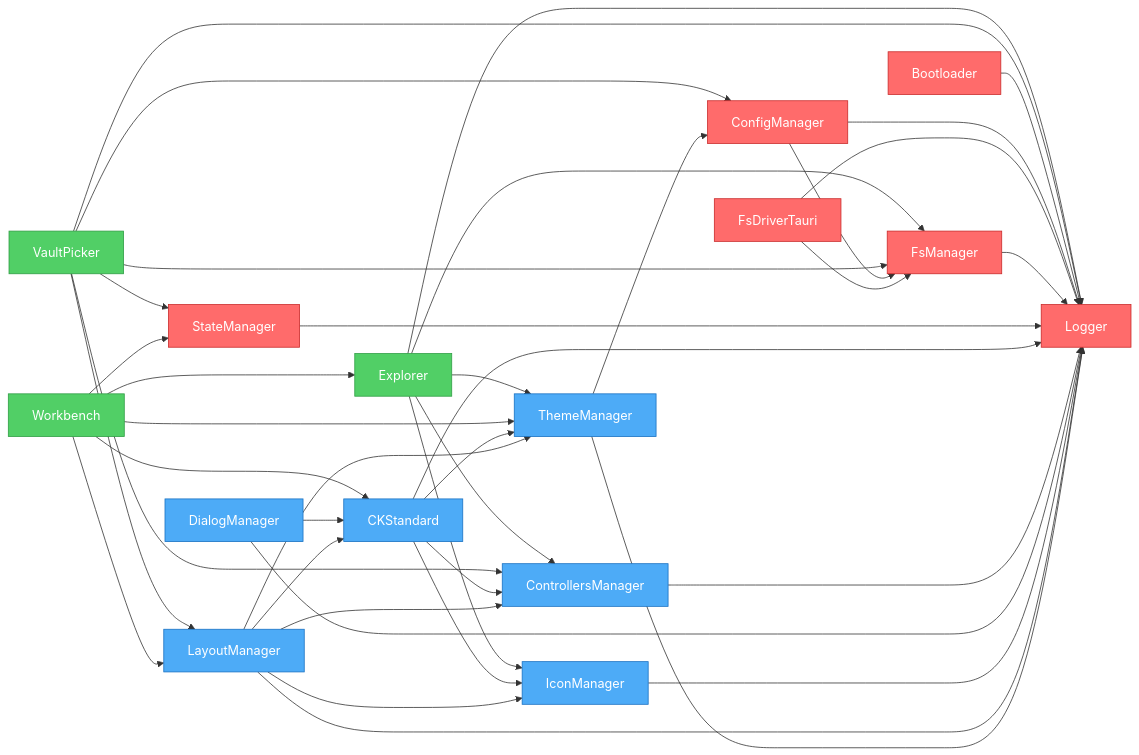
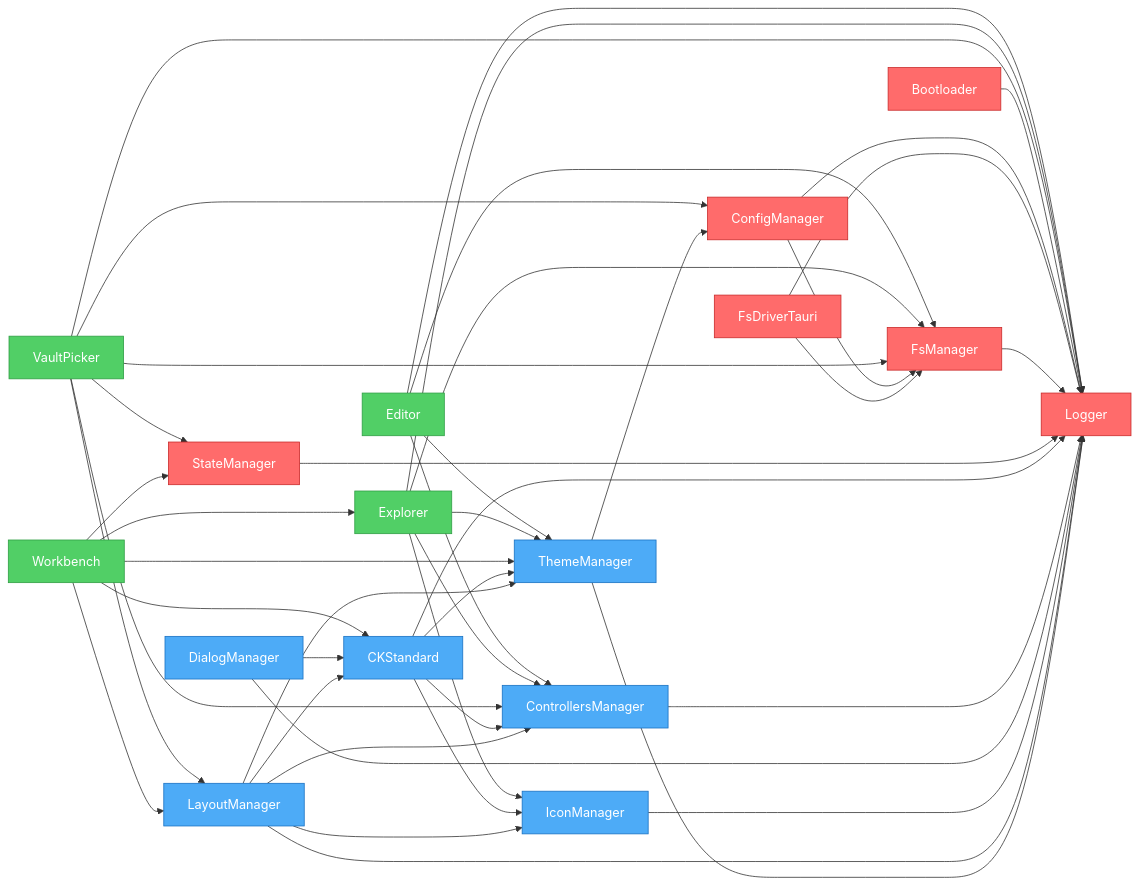
Before and after one commit to khton-tech/notehub.md: the diagram in artifacts/graph.mmd, drawn with Mermaid. The commit also changed 16 other files, not shown here.

```diff
--- a/artifacts/graph.mmd
+++ b/artifacts/graph.mmd
@@ -1,63 +1,68 @@
 flowchart LR
+    nh_features_editor["Editor"]
     nh_features_explorer["Explorer"]
     nh_features_vault-picker["VaultPicker"]
     nh_features_workbench["Workbench"]
     nh_system_bootloader["Bootloader"]
     nh_system_config-manager["ConfigManager"]
     nh_system_fs-driver-tauri["FsDriverTauri"]
     nh_system_fs-manager["FsManager"]
     nh_system_logger["Logger"]
     nh_system_state-manager["StateManager"]
     nh_ui_ck-standard["CKStandard"]
     nh_ui_controllers-manager["ControllersManager"]
     nh_ui_dialog-manager["DialogManager"]
     nh_ui_icon-manager["IconManager"]
     nh_ui_layout-manager["LayoutManager"]
     nh_ui_theme-manager["ThemeManager"]
+    nh_features_editor --> nh_system_fs-manager
+    nh_features_editor --> nh_system_logger
+    nh_features_editor --> nh_ui_theme-manager
+    nh_features_editor --> nh_ui_controllers-manager
     nh_features_explorer --> nh_system_fs-manager
     nh_features_explorer --> nh_system_logger
     nh_features_explorer --> nh_ui_controllers-manager
     nh_features_explorer --> nh_ui_icon-manager
     nh_features_explorer --> nh_ui_theme-manager
     nh_features_vault-picker --> nh_system_fs-manager
     nh_features_vault-picker --> nh_system_config-manager
     nh_features_vault-picker --> nh_system_state-manager
     nh_features_vault-picker --> nh_system_logger
     nh_features_vault-picker --> nh_ui_controllers-manager
     nh_features_vault-picker --> nh_ui_layout-manager
     nh_features_workbench --> nh_ui_layout-manager
     nh_features_workbench --> nh_ui_theme-manager
     nh_features_workbench --> nh_ui_ck-standard
     nh_features_workbench --> nh_system_state-manager
     nh_features_workbench --> nh_features_explorer
     nh_system_bootloader --> nh_system_logger
     nh_system_config-manager --> nh_system_logger
     nh_system_config-manager --> nh_system_fs-manager
     nh_system_fs-driver-tauri --> nh_system_logger
     nh_system_fs-driver-tauri --> nh_system_fs-manager
     nh_system_fs-manager --> nh_system_logger
     nh_system_state-manager --> nh_system_logger
     nh_ui_ck-standard --> nh_system_logger
     nh_ui_ck-standard --> nh_ui_controllers-manager
     nh_ui_ck-standard --> nh_ui_icon-manager
     nh_ui_ck-standard --> nh_ui_theme-manager
     nh_ui_controllers-manager --> nh_system_logger
     nh_ui_dialog-manager --> nh_system_logger
     nh_ui_dialog-manager --> nh_ui_ck-standard
     nh_ui_icon-manager --> nh_system_logger
     nh_ui_layout-manager --> nh_system_logger
     nh_ui_layout-manager --> nh_ui_theme-manager
     nh_ui_layout-manager --> nh_ui_icon-manager
     nh_ui_layout-manager --> nh_ui_controllers-manager
     nh_ui_layout-manager --> nh_ui_ck-standard
     nh_ui_theme-manager --> nh_system_logger
     nh_ui_theme-manager --> nh_system_config-manager
 
     %% Styles
     classDef system fill:#ff6b6b,stroke:#c92a2a,color:#fff
     classDef ui fill:#4dabf7,stroke:#1971c2,color:#fff
     classDef feature fill:#51cf66,stroke:#2f9e44,color:#fff
+    class nh_features_editor,nh_features_vault-picker feature
     class nh_features_explorer,nh_features_workbench feature
-    class nh_features_vault-picker feature
     class nh_system_bootloader,nh_system_config-manager,nh_system_fs-driver-tauri,nh_system_fs-manager,nh_system_logger,nh_system_state-manager system
     class nh_ui_ck-standard,nh_ui_controllers-manager,nh_ui_dialog-manager,nh_ui_icon-manager,nh_ui_layout-manager,nh_ui_theme-manager ui
```
